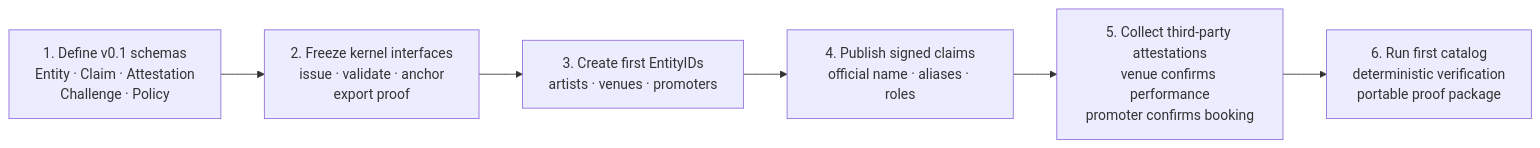
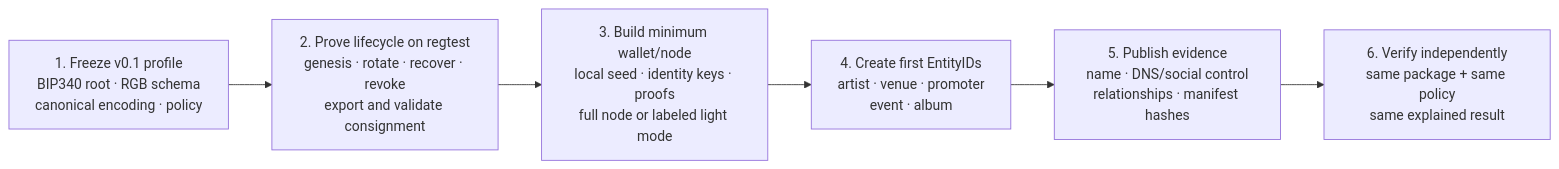
Before and after one commit to EdwinKestler/o2a-protocol: the first of 2 diagrams in docs/diagrams/04-bootstrap-and-scale.md, drawn with Mermaid. The commit also changed other lines of this file and 46 other files, not shown here.

````diff
--- a/docs/diagrams/04-bootstrap-and-scale.md
+++ b/docs/diagrams/04-bootstrap-and-scale.md
@@ -5,11 +5,11 @@
 ```mermaid
 flowchart LR
-    S1["1. Define v0.1 schemas<br/>Entity · Claim · Attestation<br/>Challenge · Policy"]
-    S2["2. Freeze kernel interfaces<br/>issue · validate · anchor<br/>export proof"]
-    S3["3. Create first EntityIDs<br/>artists · venues · promoters"]
-    S4["4. Publish signed claims<br/>official name · aliases · roles"]
-    S5["5. Collect third-party attestations<br/>venue confirms performance<br/>promoter confirms booking"]
-    S6["6. Run first catalog<br/>deterministic verification<br/>portable proof package"]
+    S1["1. Freeze v0.1 profile<br/>BIP340 root · RGB schema<br/>canonical encoding · policy"]
+    S2["2. Prove lifecycle on regtest<br/>genesis · rotate · recover · revoke<br/>export and validate consignment"]
+    S3["3. Build minimum wallet/node<br/>local seed · identity keys · proofs<br/>full node or labeled light mode"]
+    S4["4. Create first EntityIDs<br/>artist · venue · promoter<br/>event · album"]
+    S5["5. Publish evidence<br/>name · DNS/social control<br/>relationships · manifest hashes"]
+    S6["6. Verify independently<br/>same package + same policy<br/>same explained result"]
 
     S1 --> S2 --> S3 --> S4 --> S5 --> S6
 ```
````
